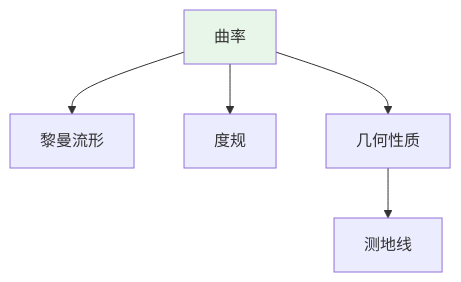
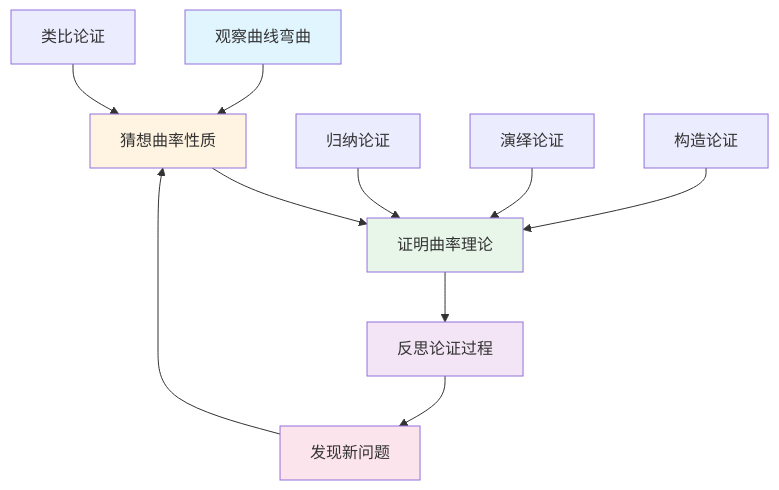
Before and after one commit to AdaMartin18010/FormalMath: the fifth of 11 diagrams in concept/核心概念/20-曲率.md, drawn with Mermaid. The commit also changed other lines of this file and 4793 other files, not shown here.

````diff
--- a/concept/核心概念/20-曲率.md
+++ b/concept/核心概念/20-曲率.md
@@ -733,9 +1429,19 @@
 ```mermaid
 graph TD
-    A[曲率] --> B[黎曼流形]
-    A --> C[度规]
-    A --> D[几何性质]
-    D --> E[测地线]
+    A[观察曲线弯曲] --> B[猜想曲率性质]
+    B --> C[证明曲率理论]
+    C --> D[反思论证过程]
+    D --> E[发现新问题]
+    E --> B
 
-    style A fill:#e8f5e9
+    F[归纳论证] --> C
+    G[演绎论证] --> C
+    H[类比论证] --> B
+    I[构造论证] --> C
+
+    style A fill:#e1f5ff
+    style B fill:#fff4e1
+    style C fill:#e8f5e9
+    style D fill:#f3e5f5
+    style E fill:#fce4ec
 ```
````
